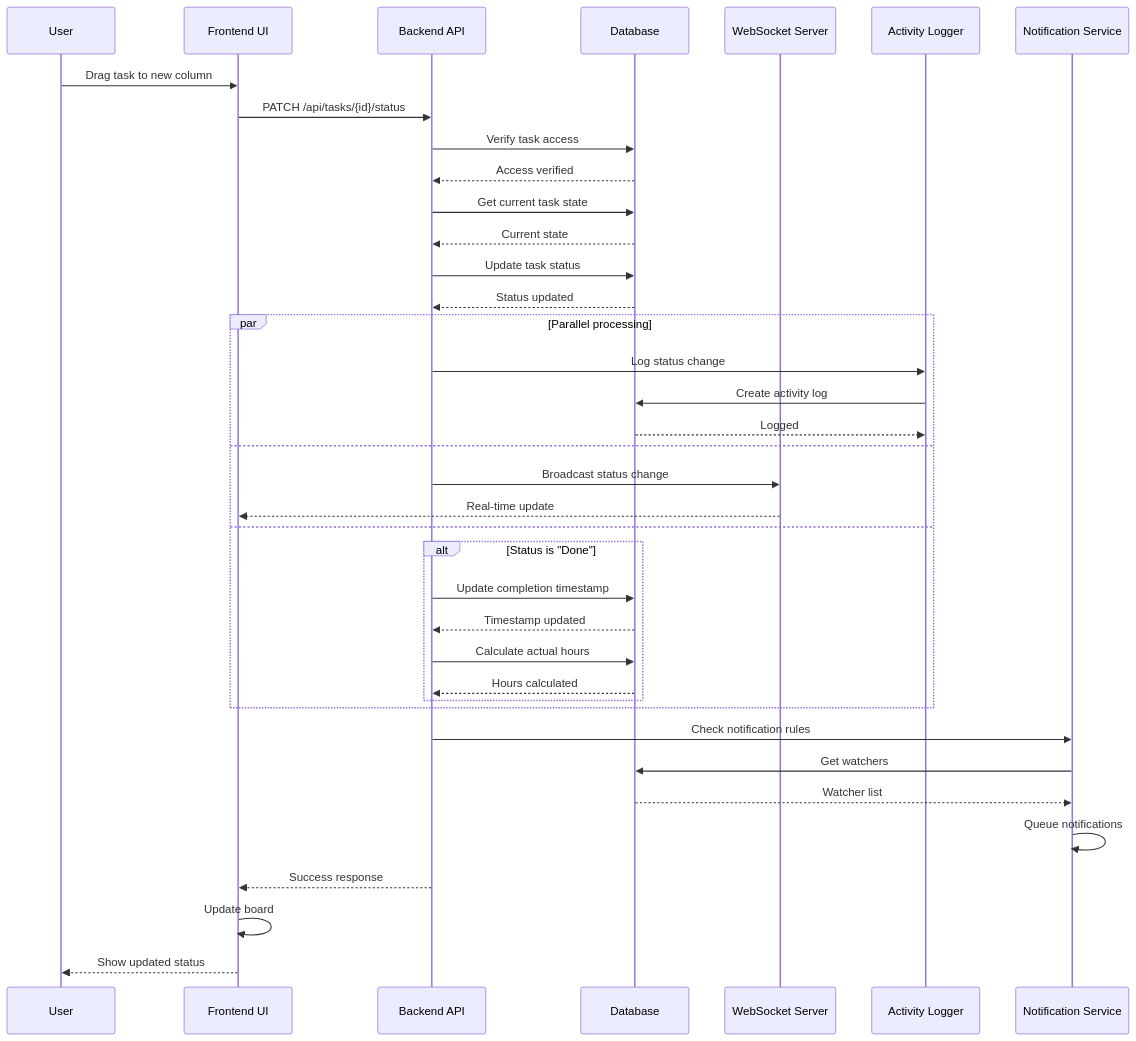
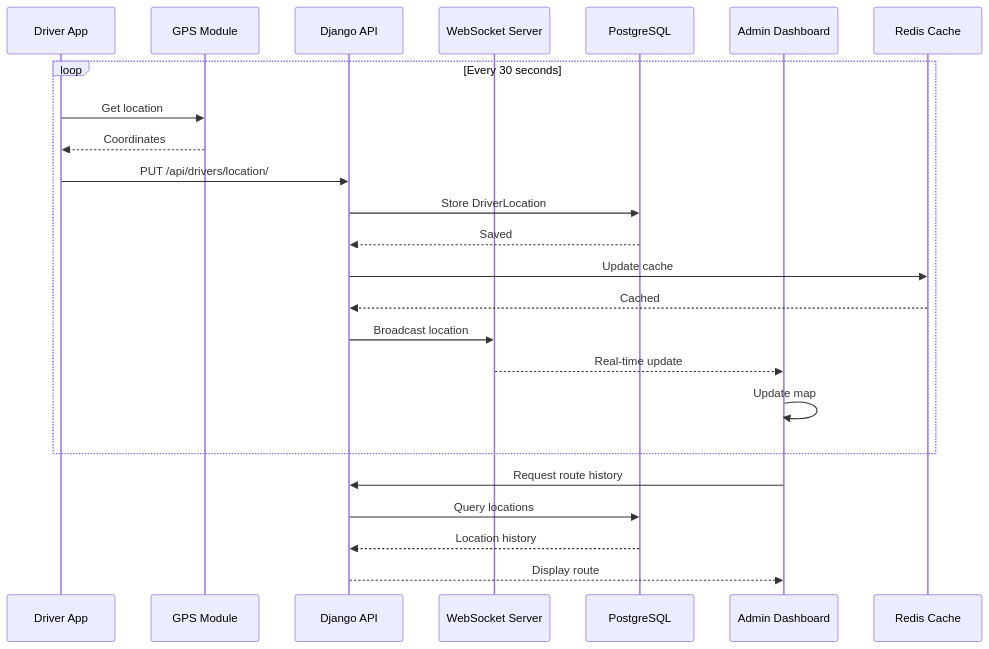
Before and after one commit to Ellis-Ayikwei/waste-wise: the fifth of 10 diagrams in documentation/diagrams/sequence-diagrams.md, drawn with Mermaid. The commit also changed other lines of this file and 5 other files, not shown here.

Commit message:
Update architecture docs for Wasgo smart waste management system

````diff
--- a/documentation/diagrams/sequence-diagrams.md
+++ b/documentation/diagrams/sequence-diagrams.md
@@ -189,45 +161,31 @@
 ```mermaid
 sequenceDiagram
-    participant U as User
-    participant UI as Frontend UI
-    participant API as Backend API
-    participant DB as Database
+    participant Driver as Driver App
+    participant GPS as GPS Module
+    participant API as Django API
     participant WS as WebSocket Server
-    participant AL as Activity Logger
-    participant Notif as Notification Service
+    participant DB as PostgreSQL
+    participant Admin as Admin Dashboard
+    participant Redis as Redis Cache
 
-    U->>UI: Drag task to new column
-    UI->>API: PATCH /api/tasks/{id}/status
-    API->>DB: Verify task access
-    DB-->>API: Access verified
-    
-    API->>DB: Get current task state
-    DB-->>API: Current state
-    API->>DB: Update task status
-    DB-->>API: Status updated
-    
-    par Parallel processing
-        API->>AL: Log status change
-        AL->>DB: Create activity log
-        DB-->>AL: Logged
-    and
-        API->>WS: Broadcast status change
-        WS-->>UI: Real-time update
-    and
-        alt Status is "Done"
-            API->>DB: Update completion timestamp
-            DB-->>API: Timestamp updated
-            API->>DB: Calculate actual hours
-            DB-->>API: Hours calculated
-        end
+    loop Every 30 seconds
+        Driver->>GPS: Get location
+        GPS-->>Driver: Coordinates
+        
+        Driver->>API: PUT /api/drivers/location/
+        API->>DB: Store DriverLocation
+        DB-->>API: Saved
+        
+        API->>Redis: Update cache
+        Redis-->>API: Cached
+        
+        API->>WS: Broadcast location
+        WS-->>Admin: Real-time update
+        Admin->>Admin: Update map
     end
     
-    API->>Notif: Check notification rules
-    Notif->>DB: Get watchers
-    DB-->>Notif: Watcher list
-    Notif->>Notif: Queue notifications
-    
-    API-->>UI: Success response
-    UI->>UI: Update board
-    UI-->>U: Show updated status
+    Admin->>API: Request route history
+    API->>DB: Query locations
+    DB-->>API: Location history
+    API-->>Admin: Display route
 ```
````
